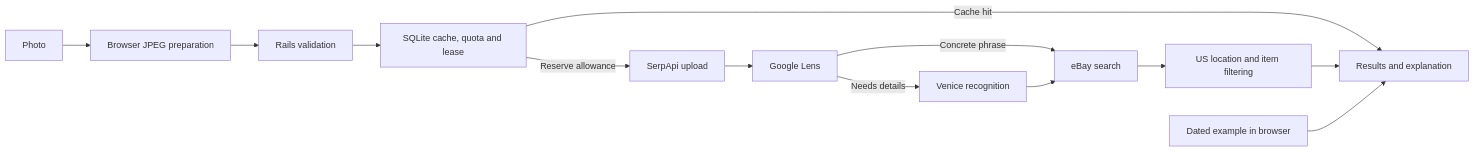
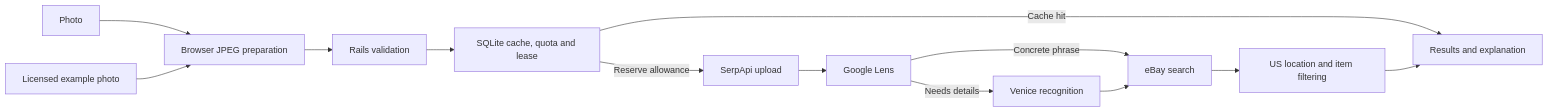
The diagram in README.md (nodatall/looksalike), drawn with Mermaid before and after one commit. The commit also changed other lines of this file and 14 other files, not shown here.

Commit message:
Run the example photo through the live search

````diff
--- a/README.md
+++ b/README.md
@@ -11,15 +11,15 @@
 ```mermaid
 flowchart LR
   Photo[Photo] --> Browser[Browser JPEG preparation]
   Browser --> Rails[Rails validation]
   Rails --> Store[SQLite cache, quota and lease]
   Store -->|Cache hit| Results[Results and explanation]
   Store -->|Reserve allowance| Upload[SerpApi upload]
   Upload --> Lens[Google Lens]
   Lens -->|Concrete phrase| Ebay[eBay search]
   Lens -->|Needs details| Venice[Venice recognition]
   Venice --> Ebay
   Ebay --> Filter[US location and item filtering]
   Filter --> Results
-  Example[Dated example in browser] --> Results
+  Example[Licensed example photo] --> Browser
 ```
````
